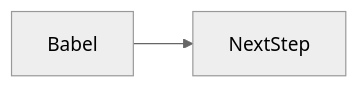
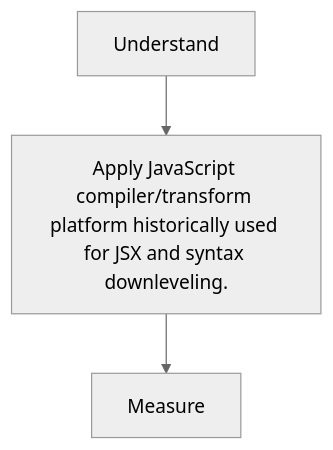
Before and after one commit to OmidJavaherii/Frontend-Engineering-Handbook: the second of 2 diagrams in docs/en/14-build-tools/babel/index.md, drawn with Mermaid (neutral theme). The commit also changed other lines of this file and 461 other files, not shown here.

````diff
--- a/docs/en/14-build-tools/babel/index.md
+++ b/docs/en/14-build-tools/babel/index.md
@@ -96,4 +108,5 @@
 ```mermaid
-flowchart LR
-  concept[Babel] --> nextStep[NextStep]
+flowchart TD
+  A[Understand] --> B[Apply JavaScript compiler/transform platform historically used for JSX and syntax downleveling.]
+  B --> C[Measure]
 ```
````
